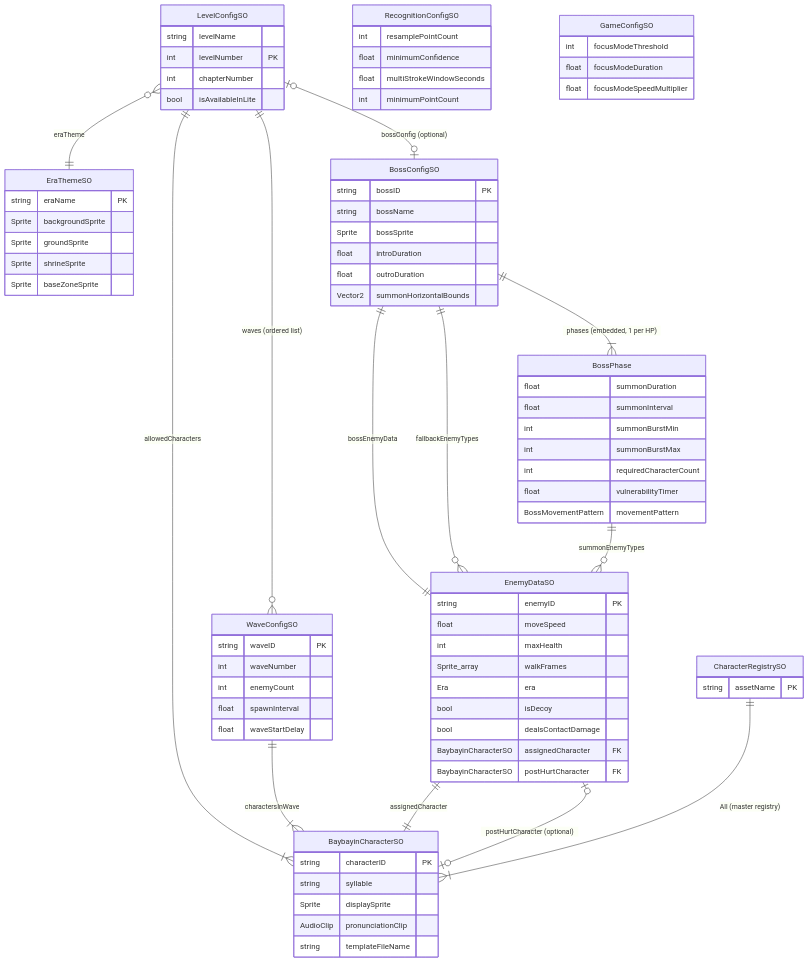
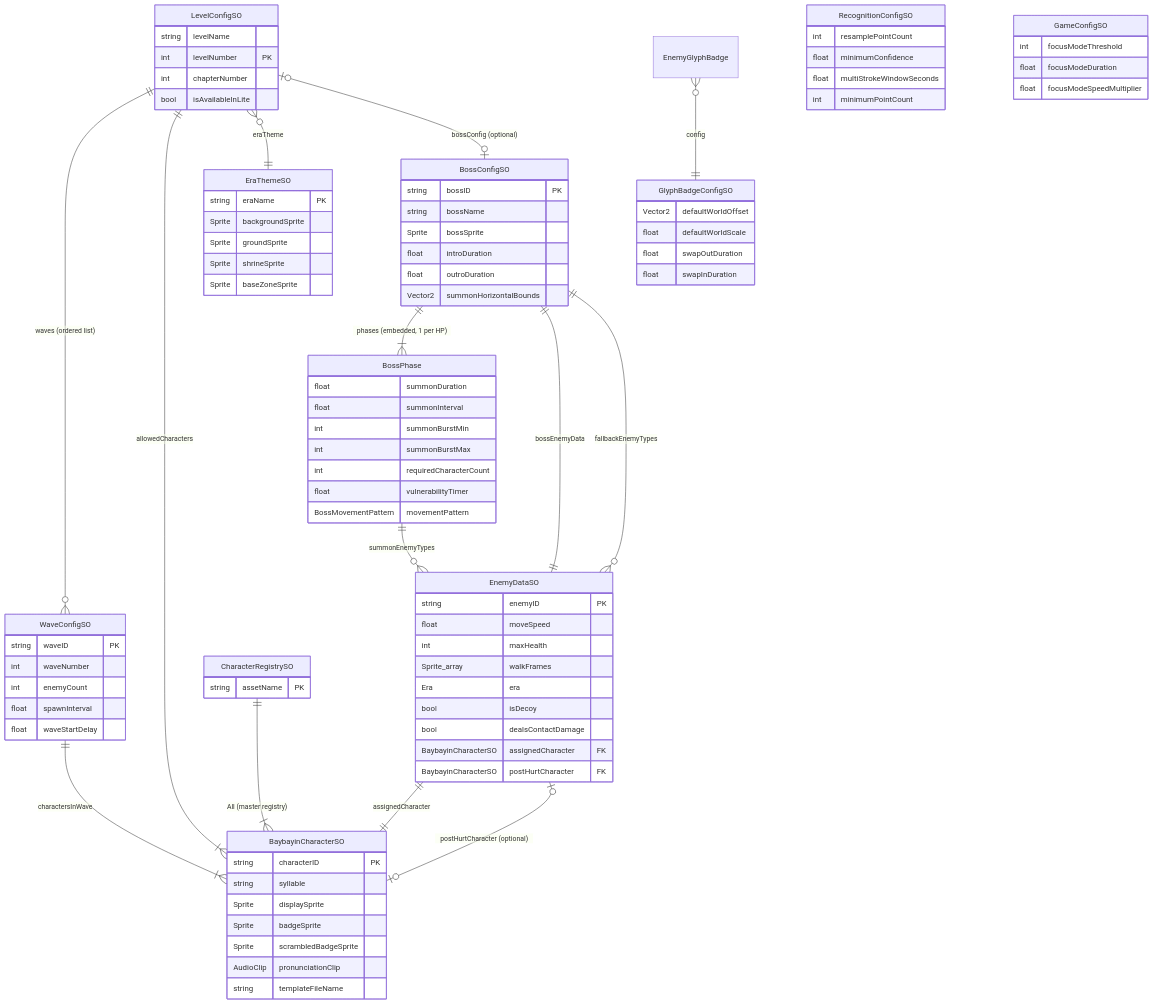
The first of 5 diagrams in docs/capstone/SystemDiagrams.md (chdean-09/salinlahi), drawn with Mermaid before and after one commit. The commit also changed other lines of this file and 6 other files, not shown here.

Commit message:
docs: SALIN-97 sync architectural docs for glyph badge system

```diff
--- a/docs/capstone/SystemDiagrams.md
+++ b/docs/capstone/SystemDiagrams.md
@@ -44,10 +44,21 @@
 
     CharacterRegistrySO ||--|{ BaybayinCharacterSO : "All (master registry)"
 
+    EnemyGlyphBadge }o--|| GlyphBadgeConfigSO : "config"
+
+    GlyphBadgeConfigSO {
+        Vector2 defaultWorldOffset
+        float defaultWorldScale
+        float swapOutDuration
+        float swapInDuration
+    }
+
     BaybayinCharacterSO {
         string characterID PK
         string syllable
         Sprite displaySprite
+        Sprite badgeSprite
+        Sprite scrambledBadgeSprite
         AudioClip pronunciationClip
         string templateFileName
     }
```
